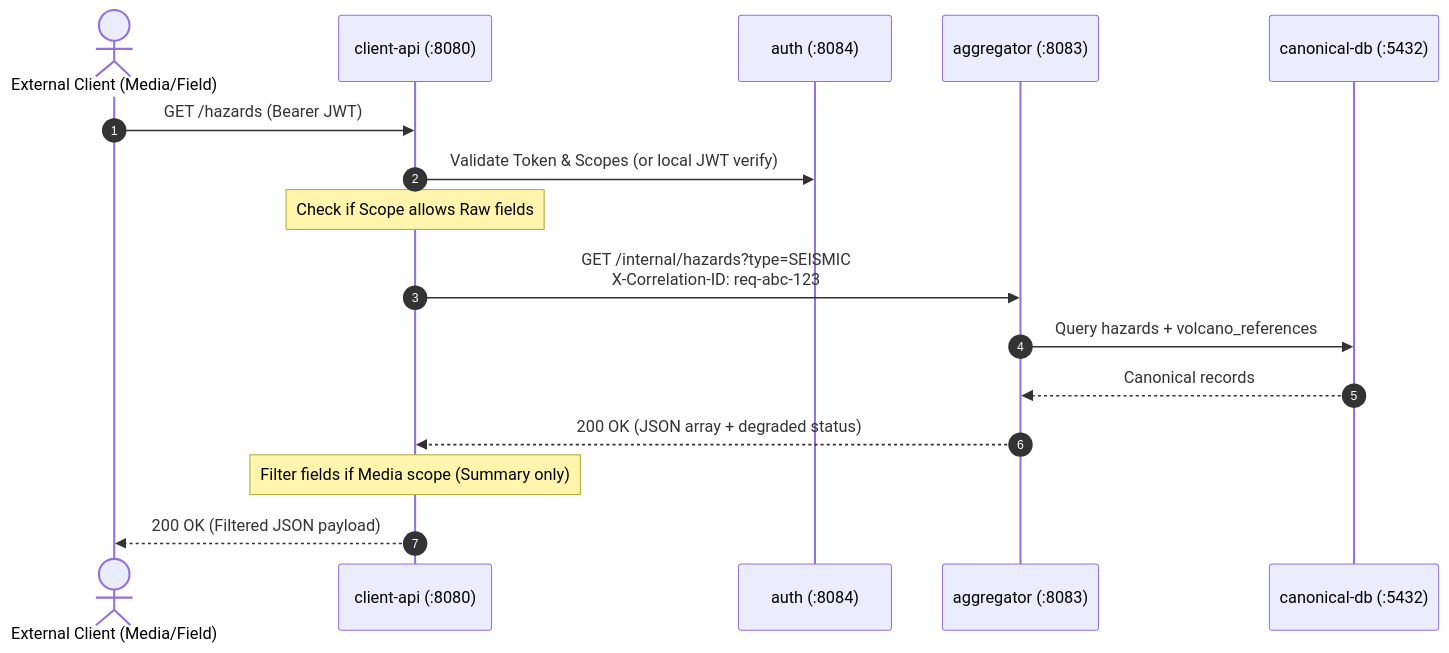
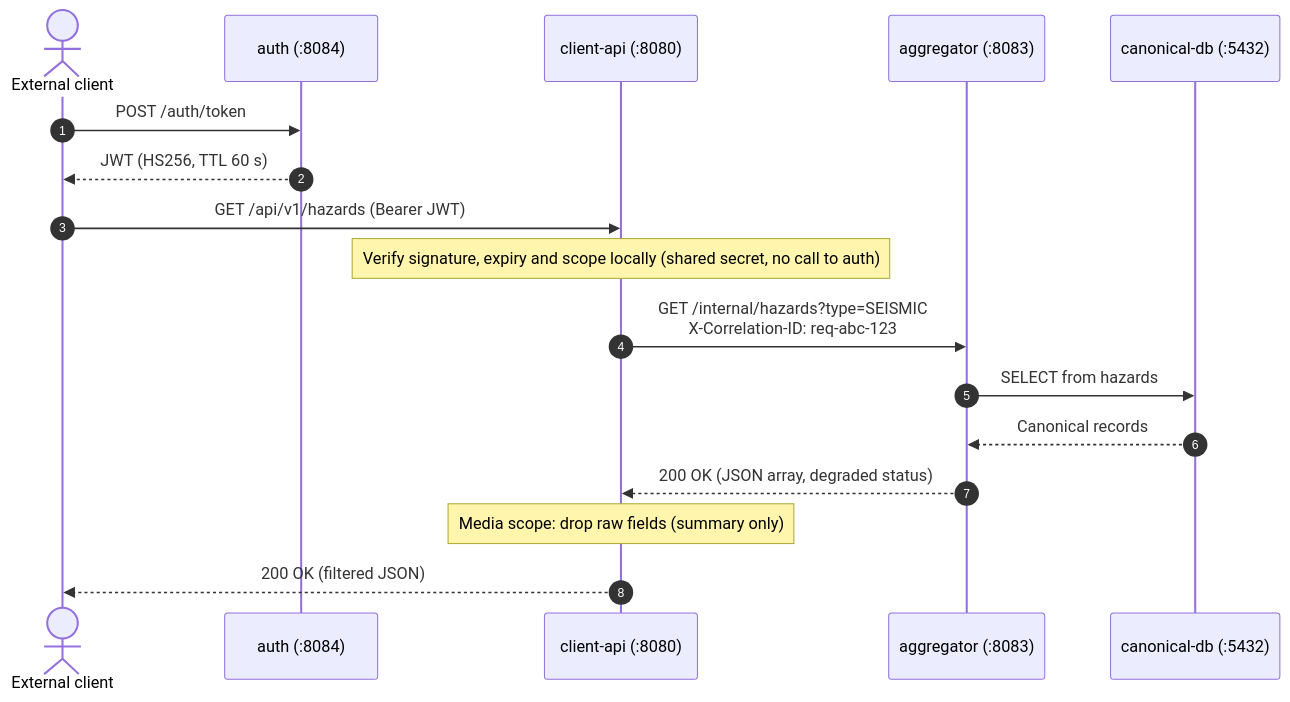
The diagram in docs/adr/004-internal-communication-rest.md (Darsua/AAT), drawn with Mermaid before and after one commit. The commit also changed other lines of this file and 90 other files, not shown here.

````diff
--- a/docs/adr/004-internal-communication-rest.md
+++ b/docs/adr/004-internal-communication-rest.md
@@ -30,19 +30,20 @@
 ```mermaid
 sequenceDiagram
     autonumber
-    actor Client as External Client (Media/Field)
-    participant ClientAPI as client-api (:8080)
+    actor Client as External client
     participant Auth as auth (:8084)
-    participant Aggregator as aggregator (:8083)
+    participant CAPI as client-api (:8080)
+    participant Agg as aggregator (:8083)
     participant DB as canonical-db (:5432)
 
-    Client->>ClientAPI: GET /hazards (Bearer JWT)
-    ClientAPI->>Auth: Validate Token & Scopes (or local JWT verify)
-    Note over ClientAPI: Check if Scope allows Raw fields
-    ClientAPI->>Aggregator: GET /internal/hazards?type=SEISMIC<br/>X-Correlation-ID: req-abc-123
-    Aggregator->>DB: Query hazards + volcano_references
-    DB-->>Aggregator: Canonical records
-    Aggregator-->>ClientAPI: 200 OK (JSON array + degraded status)
-    Note over ClientAPI: Filter fields if Media scope (Summary only)
-    ClientAPI-->>Client: 200 OK (Filtered JSON payload)
+    Client->>Auth: POST /auth/token
+    Auth-->>Client: JWT (HS256, TTL 60 s)
+    Client->>CAPI: GET /api/v1/hazards (Bearer JWT)
+    Note over CAPI: Verify signature, expiry and scope locally (shared secret, no call to auth)
+    CAPI->>Agg: GET /internal/hazards?type=SEISMIC<br/>X-Correlation-ID: req-abc-123
+    Agg->>DB: SELECT from hazards
+    DB-->>Agg: Canonical records
+    Agg-->>CAPI: 200 OK (JSON array, degraded status)
+    Note over CAPI: Media scope: drop raw fields (summary only)
+    CAPI-->>Client: 200 OK (filtered JSON)
 ```
````
